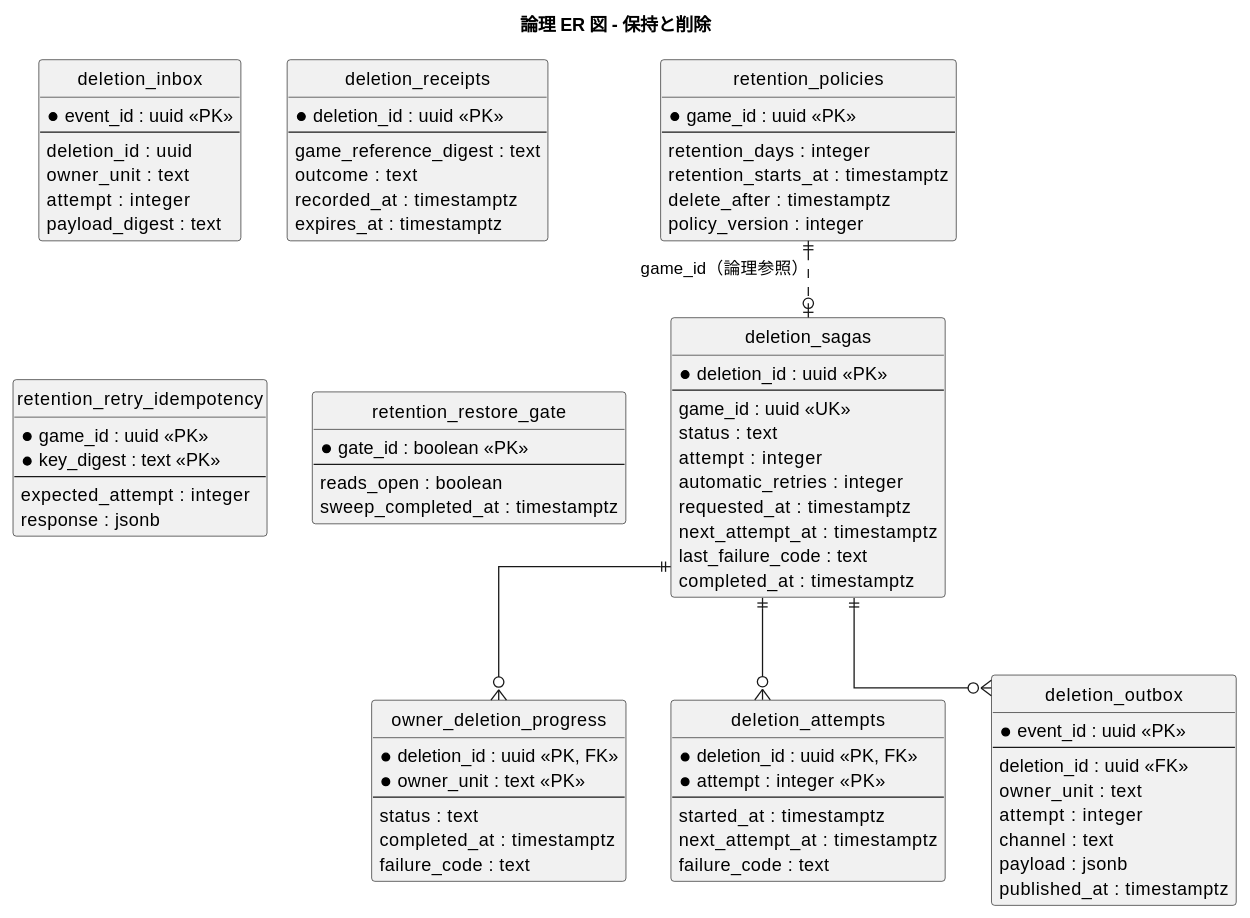
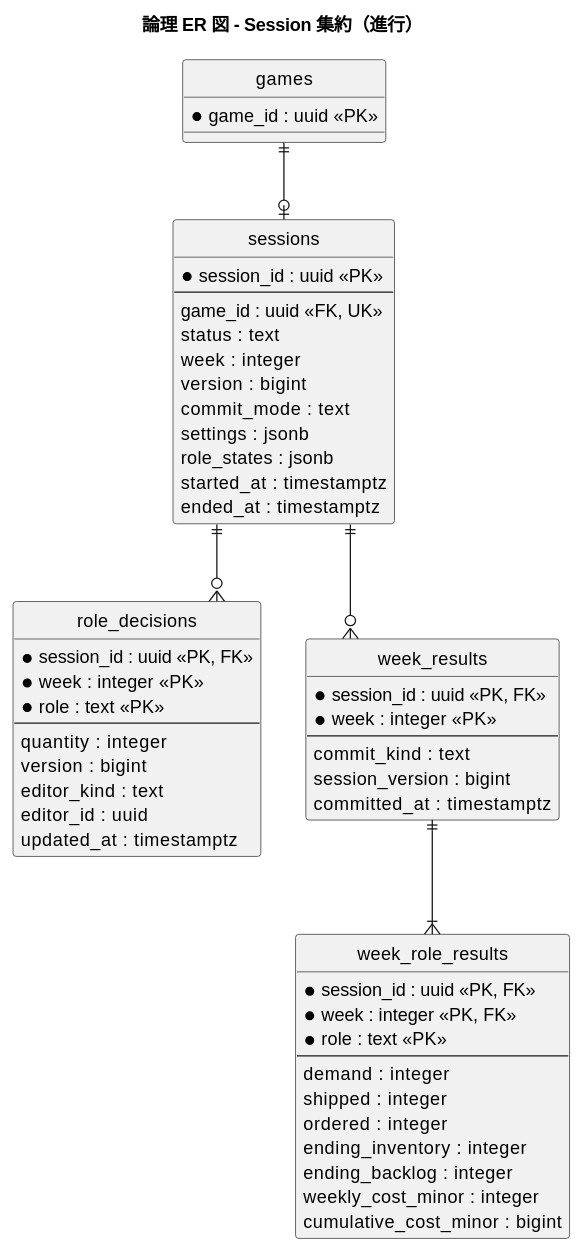
One commit to k2works/case-study-beer-game-simulation changed the third of 4 diagrams in docs/design/beer-game2/data-model.md. Above: the diagram before and after it, drawn with PlantUML. The commit also changed other lines of this file and 5 other files, not shown here.

````diff
--- a/docs/design/beer-game2/data-model.md
+++ b/docs/design/beer-game2/data-model.md
@@ -198,96 +168,65 @@
 ```plantuml
 @startuml
-title 論理 ER 図 - 保持と削除
+title 論理 ER 図 - Session 集約（進行）
 hide circle
 skinparam linetype ortho
 
-entity "retention_policies" as retention_policies {
+entity "games" as games {
   * game_id : uuid <<PK>>
-  --
-  retention_days : integer
-  retention_starts_at : timestamptz
-  delete_after : timestamptz
-  policy_version : integer
 }
 
-entity "deletion_sagas" as deletion_sagas {
-  * deletion_id : uuid <<PK>>
+entity "sessions" as sessions {
+  * session_id : uuid <<PK>>
   --
-  game_id : uuid <<UK>>
+  game_id : uuid <<FK, UK>>
   status : text
-  attempt : integer
-  automatic_retries : integer
-  requested_at : timestamptz
-  next_attempt_at : timestamptz
-  last_failure_code : text
-  completed_at : timestamptz
+  week : integer
+  version : bigint
+  commit_mode : text
+  settings : jsonb
+  role_states : jsonb
+  started_at : timestamptz
+  ended_at : timestamptz
 }
 
-entity "owner_deletion_progress" as owner_deletion_progress {
-  * deletion_id : uuid <<PK, FK>>
-  * owner_unit : text <<PK>>
+entity "role_decisions" as decisions {
+  * session_id : uuid <<PK, FK>>
+  * week : integer <<PK>>
+  * role : text <<PK>>
   --
-  status : text
-  completed_at : timestamptz
-  failure_code : text
+  quantity : integer
+  version : bigint
+  editor_kind : text
+  editor_id : uuid
+  updated_at : timestamptz
 }
 
-entity "deletion_attempts" as deletion_attempts {
-  * deletion_id : uuid <<PK, FK>>
-  * attempt : integer <<PK>>
+entity "week_results" as week_results {
+  * session_id : uuid <<PK, FK>>
+  * week : integer <<PK>>
   --
-  started_at : timestamptz
-  next_attempt_at : timestamptz
-  failure_code : text
+  commit_kind : text
+  session_version : bigint
+  committed_at : timestamptz
 }
 
-entity "deletion_outbox" as deletion_outbox {
-  * event_id : uuid <<PK>>
+entity "week_role_results" as role_results {
+  * session_id : uuid <<PK, FK>>
+  * week : integer <<PK, FK>>
+  * role : text <<PK>>
   --
-  deletion_id : uuid <<FK>>
-  owner_unit : text
-  attempt : integer
-  channel : text
-  payload : jsonb
-  published_at : timestamptz
+  demand : integer
+  shipped : integer
+  ordered : integer
+  ending_inventory : integer
+  ending_backlog : integer
+  weekly_cost_minor : integer
+  cumulative_cost_minor : bigint
 }
 
-entity "deletion_inbox" as deletion_inbox {
-  * event_id : uuid <<PK>>
-  --
-  deletion_id : uuid
-  owner_unit : text
-  attempt : integer
-  payload_digest : text
-}
-
-entity "deletion_receipts" as deletion_receipts {
-  * deletion_id : uuid <<PK>>
-  --
-  game_reference_digest : text
-  outcome : text
-  recorded_at : timestamptz
-  expires_at : timestamptz
-}
-
-entity "retention_retry_idempotency" as retention_retry_idempotency {
-  * game_id : uuid <<PK>>
-  * key_digest : text <<PK>>
-  --
-  expected_attempt : integer
-  response : jsonb
-}
-
-entity "retention_restore_gate" as retention_restore_gate {
-  * gate_id : boolean <<PK>>
-  --
-  reads_open : boolean
-  sweep_completed_at : timestamptz
-}
-
-retention_policies ||..o| deletion_sagas : game_id（論理参照）
-deletion_sagas ||--o{ owner_deletion_progress
-deletion_sagas ||--o{ deletion_attempts
-deletion_sagas ||--o{ deletion_outbox
+games ||--o| sessions
+sessions ||--o{ decisions
+sessions ||--o{ week_results
+week_results ||--|{ role_results
 @enduml
 ```
````
